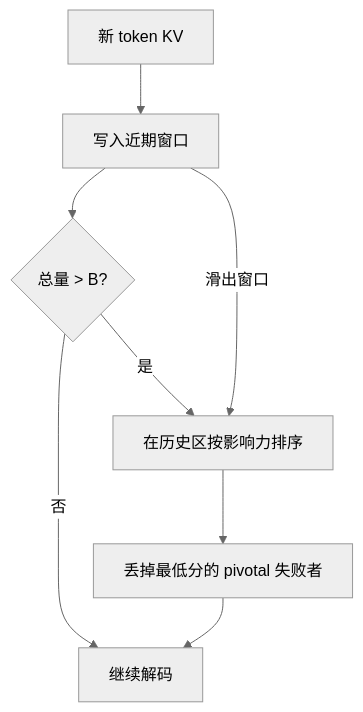
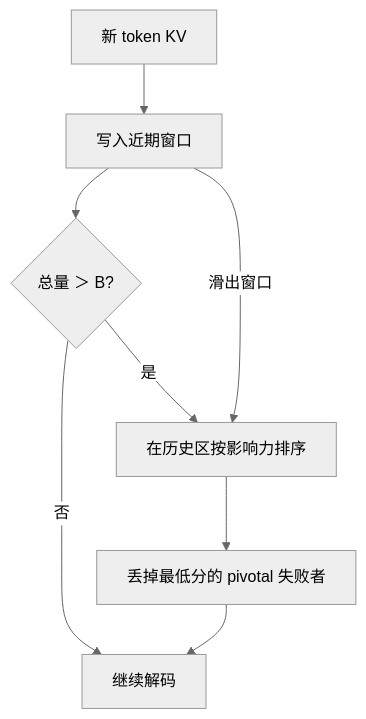
The first of 2 diagrams in docs/llm/scissorhands.md (xhongduo-tech/xhongduo-tech.github.io), drawn with Mermaid (neutral theme) before and after one commit. The commit also changed 291 other files, not shown here.

Commit message:
Normalize lesson titles to tree names and repair mermaid arrow/quote syntax site-wide.

````diff
--- a/docs/llm/scissorhands.md
+++ b/docs/llm/scissorhands.md
@@ -42,10 +42,10 @@
 ```mermaid
 flowchart TD
   NEW["新 token KV"] --> RW["写入近期窗口"]
-  RW --> FULL{"总量 > B?"}
+  RW --> FULL{"总量 ＞ B?"}
   FULL -->|否| NEXT["继续解码"]
   FULL -->|是| HIST["在历史区按影响力排序"]
   HIST --> DROP["丢掉最低分的 pivotal 失败者"]
   DROP --> NEXT
   RW -->|滑出窗口| HIST
 ```
````
